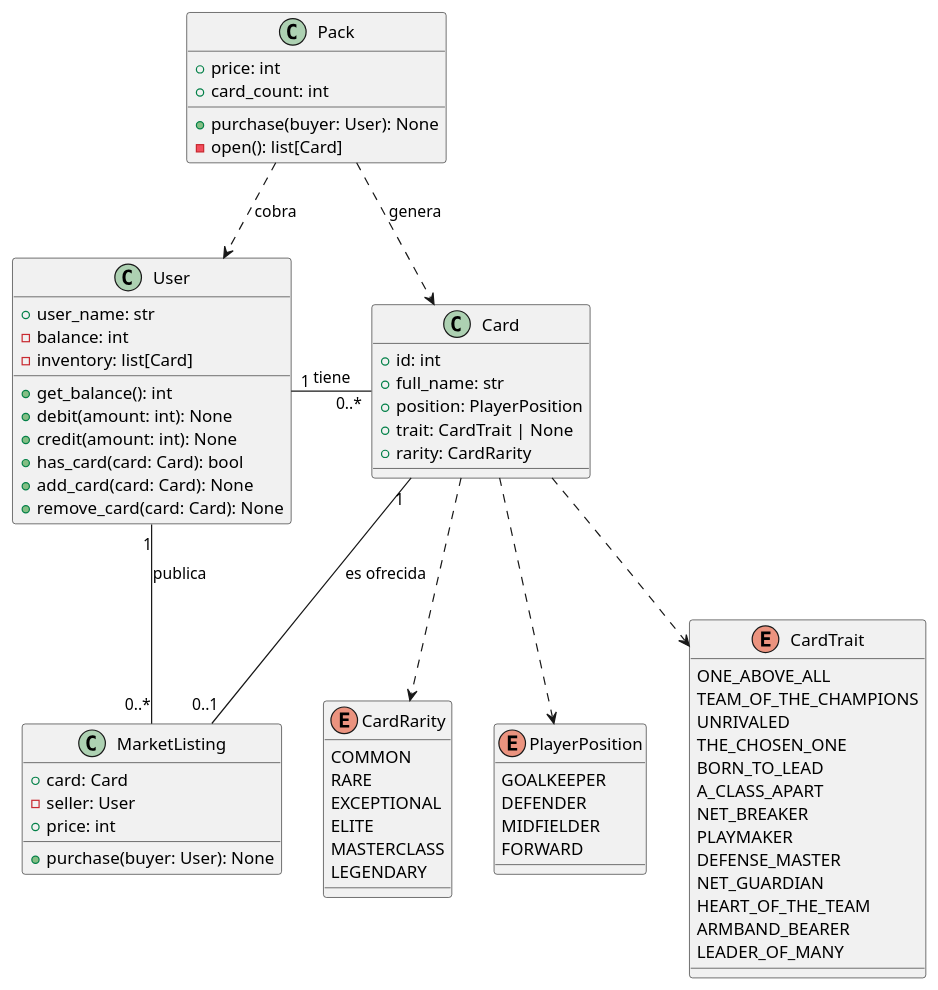
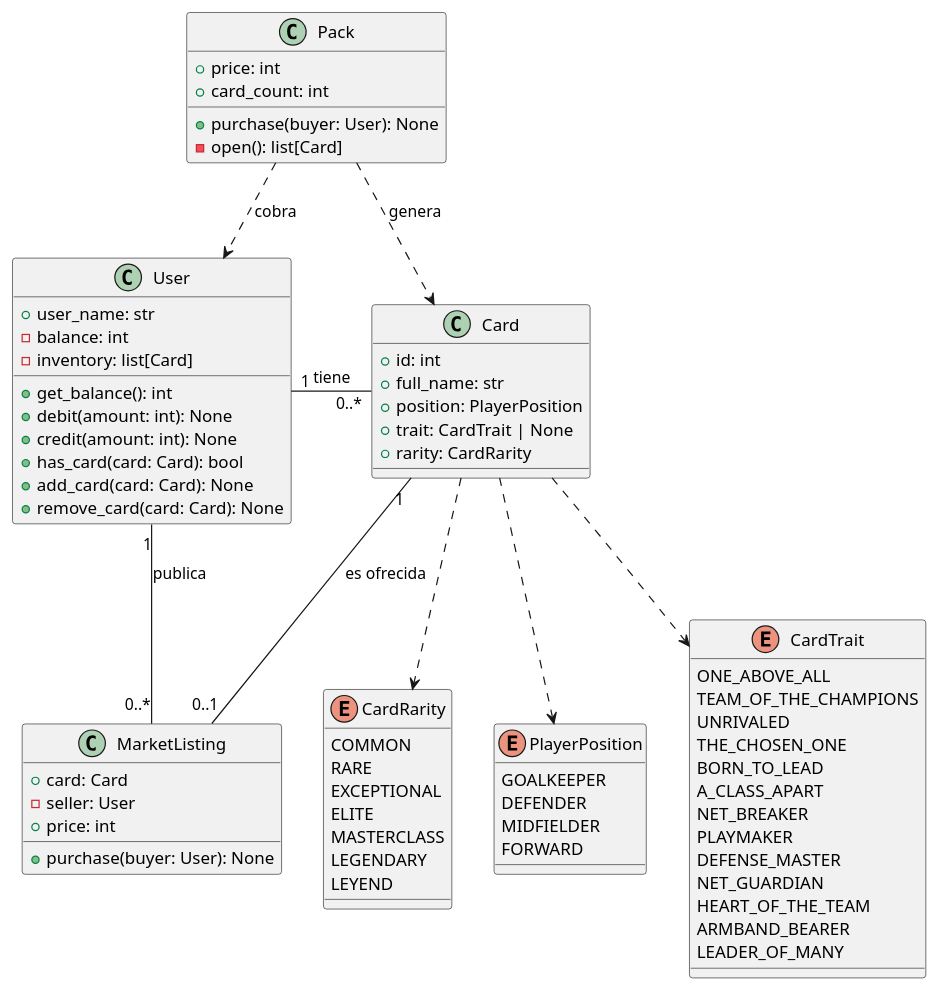
One commit to diegocastro1o/cards-marketplace changed the diagram in docs/cards-marketplace.puml. Above: the diagram before and after it, drawn with PlantUML.

Commit message:
Actualizo diagrama UML

```diff
--- a/docs/cards-marketplace.puml
+++ b/docs/cards-marketplace.puml
@@ -1,84 +1,85 @@
 @startuml
 
 class User {
     + user_name: str
     - balance: int
     - inventory: list[Card]
 
     + get_balance(): int
     + debit(amount: int): None
     + credit(amount: int): None
     + has_card(card: Card): bool
     + add_card(card: Card): None
     + remove_card(card: Card): None
 }
 
 class Pack {
     + price: int
     + card_count: int
 
     + purchase(buyer: User): None
     - open(): list[Card]
 }
 
 class MarketListing {
     + card: Card
     - seller: User
     + price: int
 
     + purchase(buyer: User): None
 }
 
 class Card {
     + id: int
     + full_name: str
     + position: PlayerPosition
     + trait: CardTrait | None
     + rarity: CardRarity
 }
 
 enum CardRarity {
     COMMON
     RARE
     EXCEPTIONAL
     ELITE
     MASTERCLASS
     LEGENDARY
+    LEYEND
 }
 
 enum PlayerPosition {
     GOALKEEPER
     DEFENDER
     MIDFIELDER
     FORWARD
 }
 
 enum CardTrait {
     ONE_ABOVE_ALL
     TEAM_OF_THE_CHAMPIONS
     UNRIVALED
     THE_CHOSEN_ONE
     BORN_TO_LEAD
     A_CLASS_APART
     NET_BREAKER
     PLAYMAKER
     DEFENSE_MASTER
     NET_GUARDIAN
     HEART_OF_THE_TEAM
     ARMBAND_BEARER
     LEADER_OF_MANY
 }
 
 User "1" - "0..*" Card : tiene
 User "1" -- "0..*" MarketListing : publica
 
 Card "1" -- "0..1" MarketListing : es ofrecida
 
 Card ..> CardRarity
 Card ..> PlayerPosition
 Card ..> CardTrait
 
 Pack ..> User : cobra
 Pack ..> Card : genera
 
 @enduml
```
